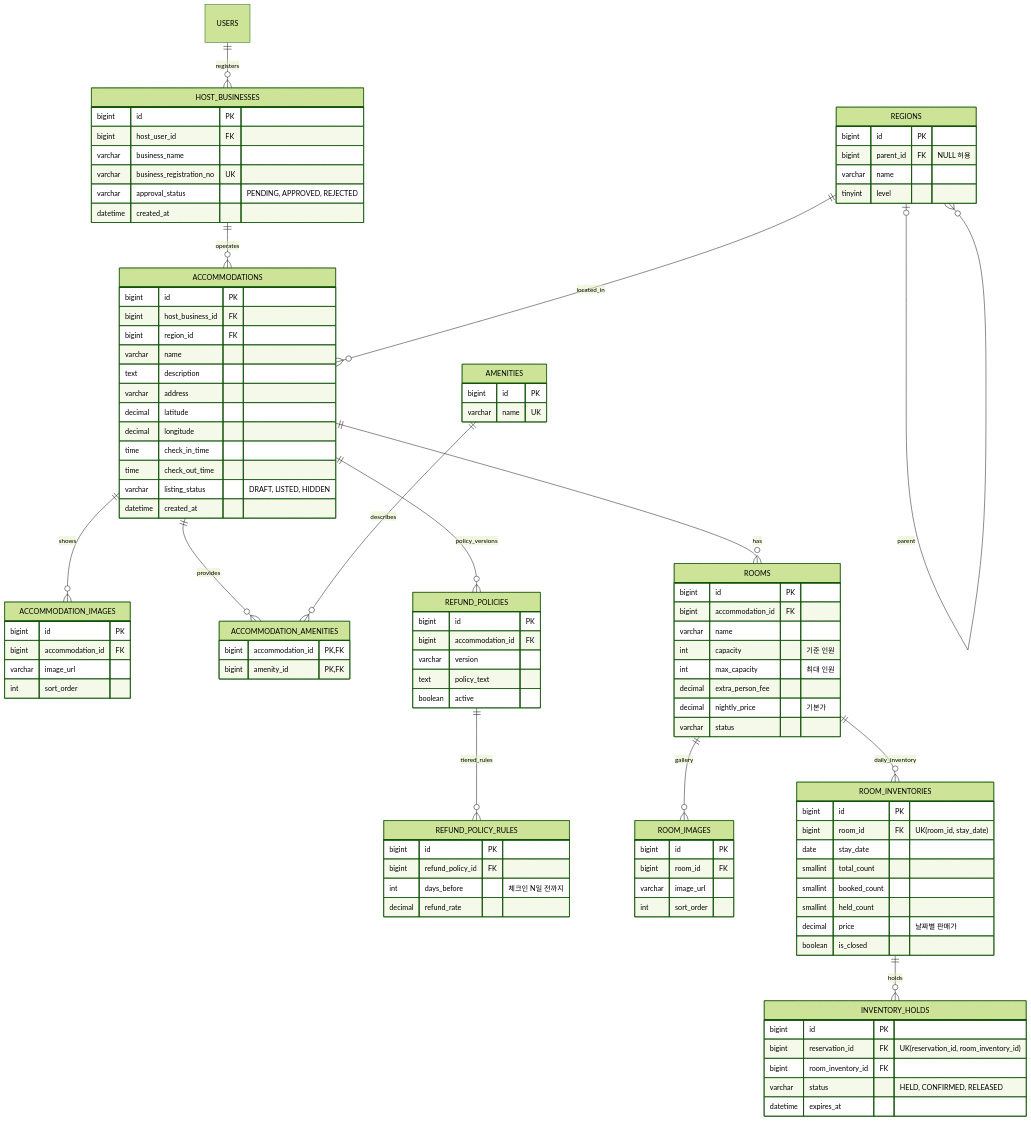
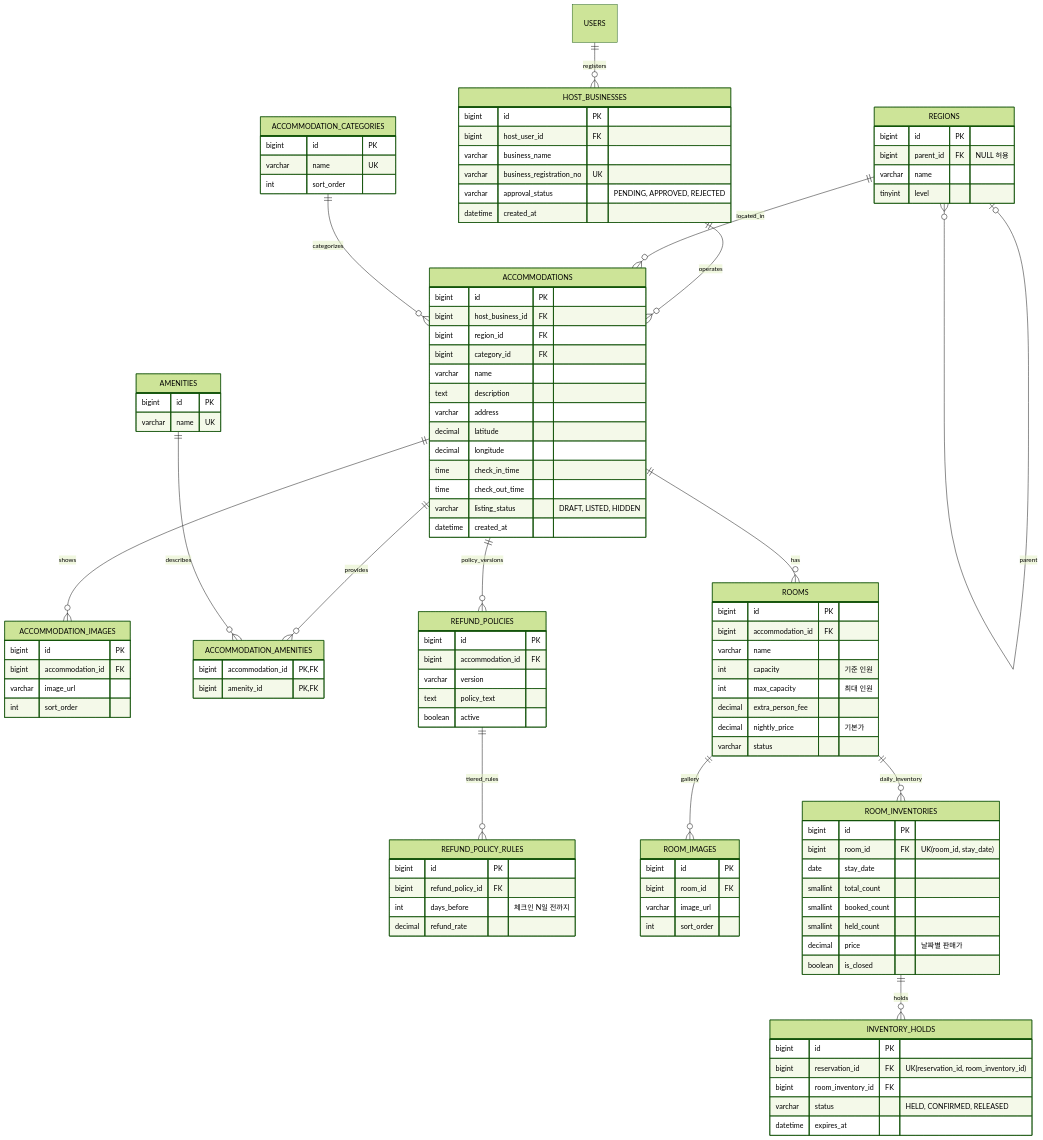
The second of 4 diagrams in docs/StayBook_ERD_1차구현.md (Yunjeong-0531/preen-backend), drawn with Mermaid (forest theme) before and after one commit. The commit also changed other lines of this file and 16 other files, not shown here.

```diff
--- a/docs/StayBook_ERD_1차구현.md
+++ b/docs/StayBook_ERD_1차구현.md
@@ -214,6 +215,7 @@
     HOST_BUSINESSES ||--o{ ACCOMMODATIONS : operates
     REGIONS |o--o{ REGIONS : parent
     REGIONS ||--o{ ACCOMMODATIONS : located_in
+    ACCOMMODATION_CATEGORIES ||--o{ ACCOMMODATIONS : categorizes
     ACCOMMODATIONS ||--o{ ACCOMMODATION_IMAGES : shows
     ACCOMMODATIONS ||--o{ ACCOMMODATION_AMENITIES : provides
     AMENITIES ||--o{ ACCOMMODATION_AMENITIES : describes
@@ -238,10 +240,16 @@
         varchar name
         tinyint level
     }
+    ACCOMMODATION_CATEGORIES {
+        bigint id PK
+        varchar name UK
+        int sort_order
+    }
     ACCOMMODATIONS {
         bigint id PK
         bigint host_business_id FK
         bigint region_id FK
+        bigint category_id FK
         varchar name
         text description
         varchar address
```
